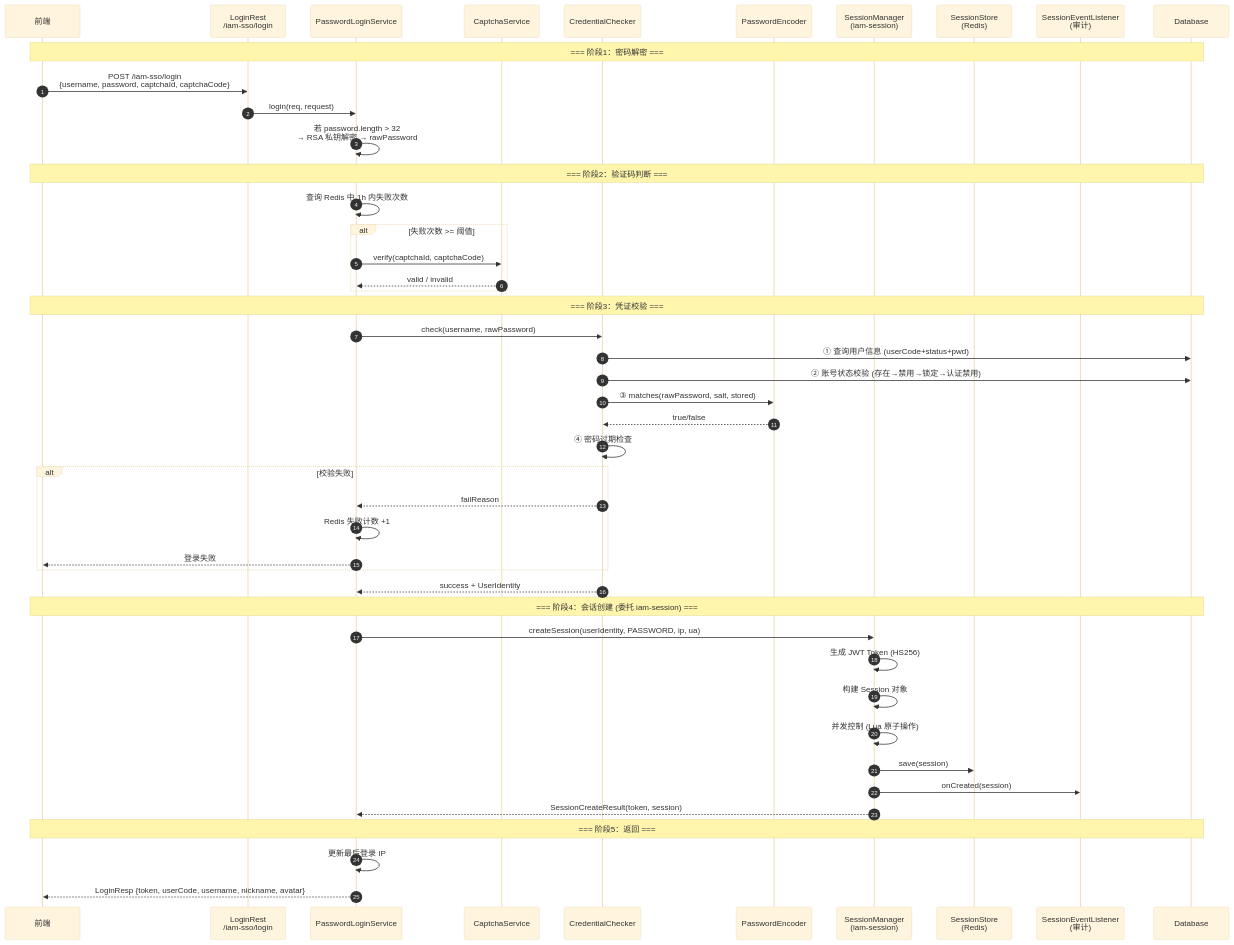
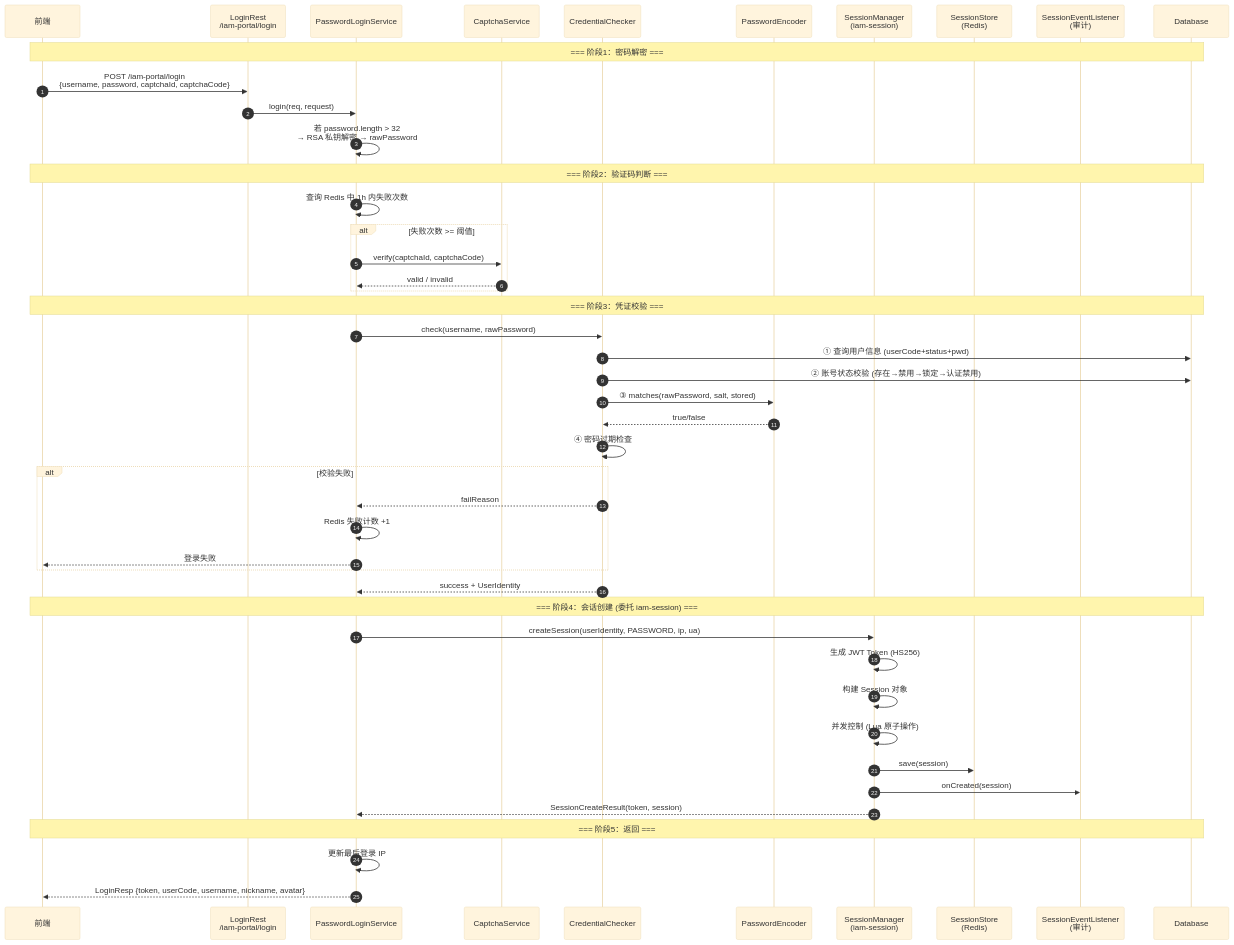
One commit to shrimp-group/sh-iam changed the diagram in docs/design/stories/session/US-12-login-endpoint.md. Above: the diagram before and after it, drawn with Mermaid (base theme). The commit also changed other lines of this file and 32 other files, not shown here.

````diff
--- a/docs/design/stories/session/US-12-login-endpoint.md
+++ b/docs/design/stories/session/US-12-login-endpoint.md
@@ -49,48 +49,48 @@
 ```mermaid
 sequenceDiagram
     autonumber
     participant Client as 前端
-    participant Rest as LoginRest<br/>/iam-sso/login
+    participant Rest as LoginRest<br/>/iam-portal/login
     participant Service as PasswordLoginService
     participant Captcha as CaptchaService
     participant Checker as CredentialChecker
     participant Encoder as PasswordEncoder
     participant Session as SessionManager<br/>(iam-session)
     participant Store as SessionStore<br/>(Redis)
     participant Listener as SessionEventListener<br/>(审计)
     participant DB as Database
     Note over Client, DB: === 阶段1：密码解密 ===
-    Client ->> Rest: POST /iam-sso/login<br/>{username, password, captchaId, captchaCode}
+    Client ->> Rest: POST /iam-portal/login<br/>{username, password, captchaId, captchaCode}
     Rest ->> Service: login(req, request)
     Service ->> Service: 若 password.length > 32<br/>→ RSA 私钥解密 → rawPassword
     Note over Client, DB: === 阶段2：验证码判断 ===
     Service ->> Service: 查询 Redis 中 1h 内失败次数
     alt 失败次数 >= 阈值
         Service ->> Captcha: verify(captchaId, captchaCode)
         Captcha -->> Service: valid / invalid
     end
     Note over Client, DB: === 阶段3：凭证校验 ===
     Service ->> Checker: check(username, rawPassword)
     Checker ->> DB: ① 查询用户信息 (userCode+status+pwd)
     Checker ->> DB: ② 账号状态校验 (存在→禁用→锁定→认证禁用)
     Checker ->> Encoder: ③ matches(rawPassword, salt, stored)
     Encoder -->> Checker: true/false
     Checker ->> Checker: ④ 密码过期检查
     alt 校验失败
         Checker -->> Service: failReason
         Service ->> Service: Redis 失败计数 +1
         Service -->> Client: 登录失败
     end
     Checker -->> Service: success + UserIdentity
     Note over Client, DB: === 阶段4：会话创建 (委托 iam-session) ===
     Service ->> Session: createSession(userIdentity, PASSWORD, ip, ua)
     Session ->> Session: 生成 JWT Token (HS256)
     Session ->> Session: 构建 Session 对象
     Session ->> Session: 并发控制 (Lua 原子操作)
     Session ->> Store: save(session)
     Session ->> Listener: onCreated(session)
     Session -->> Service: SessionCreateResult(token, session)
     Note over Client, DB: === 阶段5：返回 ===
     Service ->> Service: 更新最后登录 IP
     Service -->> Client: LoginResp {token, userCode, username, nickname, avatar}
 ```
````
